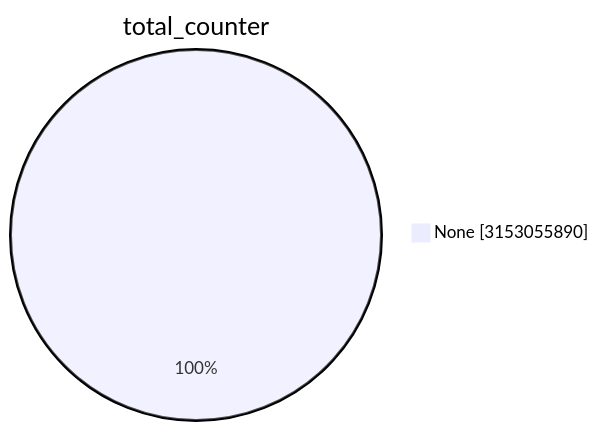
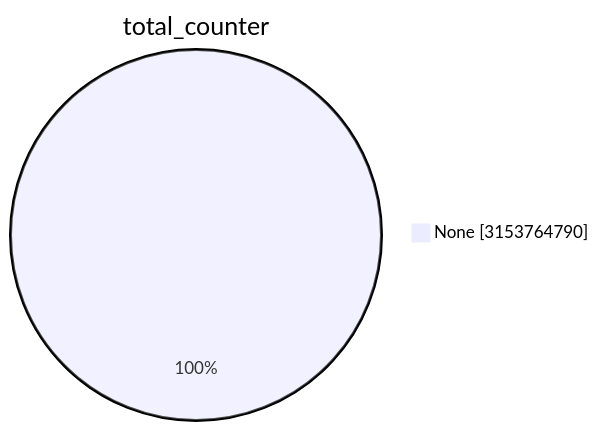
One commit to christiankrug/ctmonitor_visualization changed the first of 15 diagrams in TOTAL/README.md. Above: the diagram before and after it, drawn with Mermaid. The commit also changed other lines of this file, not shown here.

````diff
--- a/TOTAL/README.md
+++ b/TOTAL/README.md
@@ -1,5 +1,5 @@
 ```mermaid
 pie showData
 title total_counter
-"None" :3153055890
+"None" :3153764790
 ```
````
